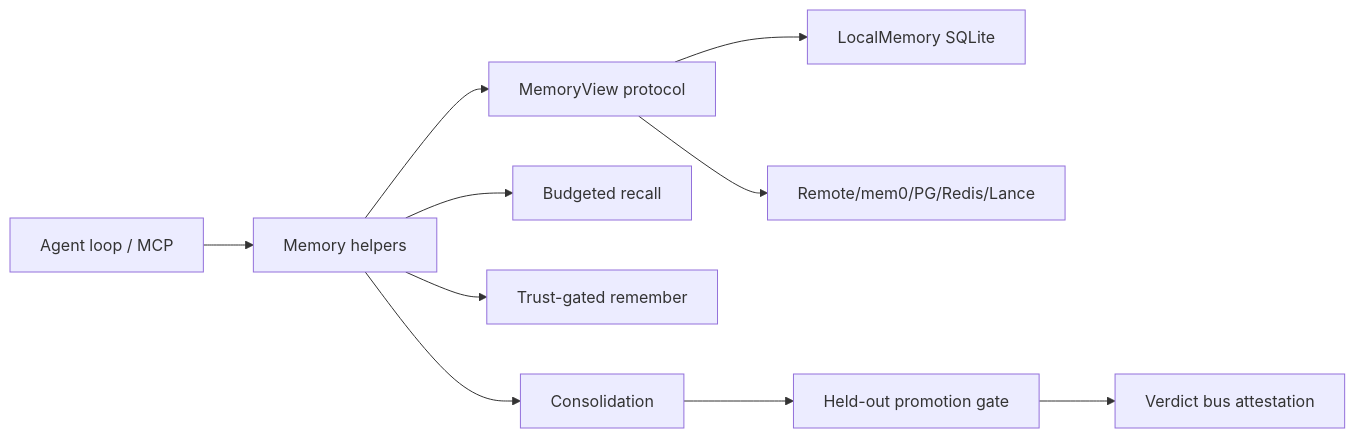
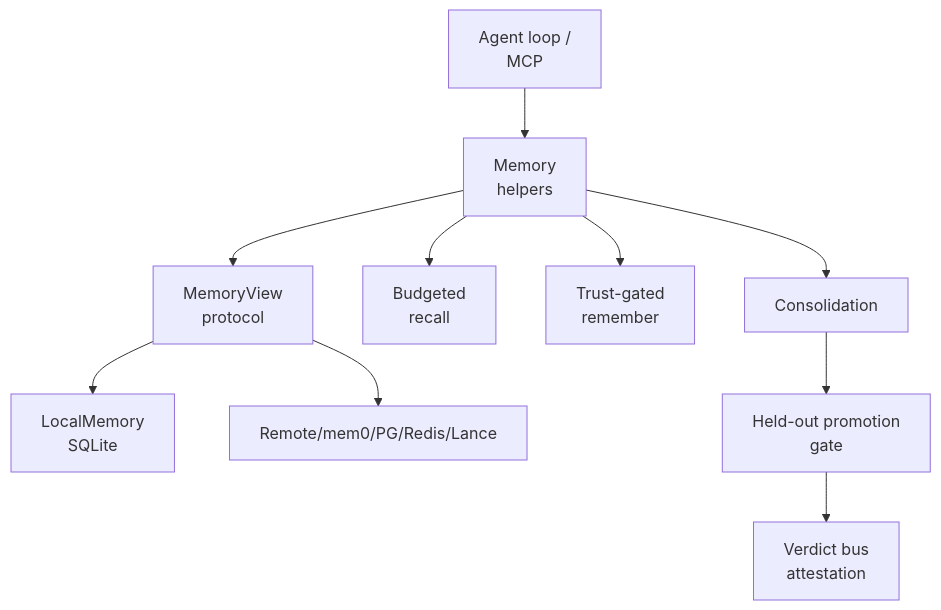
Before and after one commit to neoneye/agent-memory-atlas: the diagram in content/systems/verel.md, drawn with Mermaid. The commit also changed 99 other files, not shown here.

First line of the commit message:
Reshape the remaining 49 diagrams so their labels are legible

````diff
--- a/content/systems/verel.md
+++ b/content/systems/verel.md
@@ -103,12 +103,12 @@
 ```mermaid
-flowchart LR
-  Agent["Agent loop / MCP"] --> MemoryAPI["Memory helpers"]
-  MemoryAPI --> View["MemoryView protocol"]
-  View --> Local["LocalMemory SQLite"]
+flowchart TD
+  Agent["Agent loop /<br/>MCP"] --> MemoryAPI["Memory<br/>helpers"]
+  MemoryAPI --> View["MemoryView<br/>protocol"]
+  View --> Local["LocalMemory<br/>SQLite"]
   View --> Remote["Remote/mem0/PG/Redis/Lance"]
-  MemoryAPI --> Recall["Budgeted recall"]
-  MemoryAPI --> Remember["Trust-gated remember"]
+  MemoryAPI --> Recall["Budgeted<br/>recall"]
+  MemoryAPI --> Remember["Trust-gated<br/>remember"]
   MemoryAPI --> Consolidate["Consolidation"]
-  Consolidate --> Promotion["Held-out promotion gate"]
-  Promotion --> Verdict["Verdict bus attestation"]
+  Consolidate --> Promotion["Held-out promotion<br/>gate"]
+  Promotion --> Verdict["Verdict bus<br/>attestation"]
 ```
````
